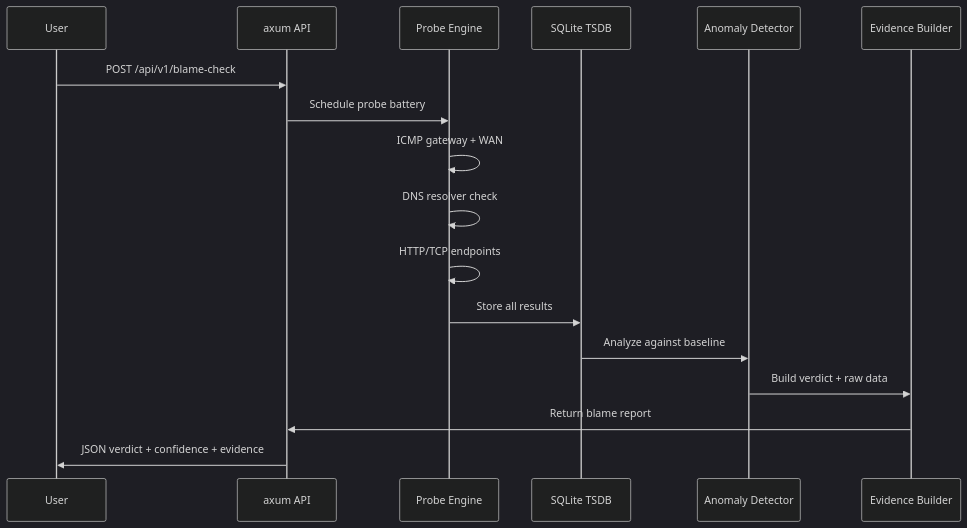
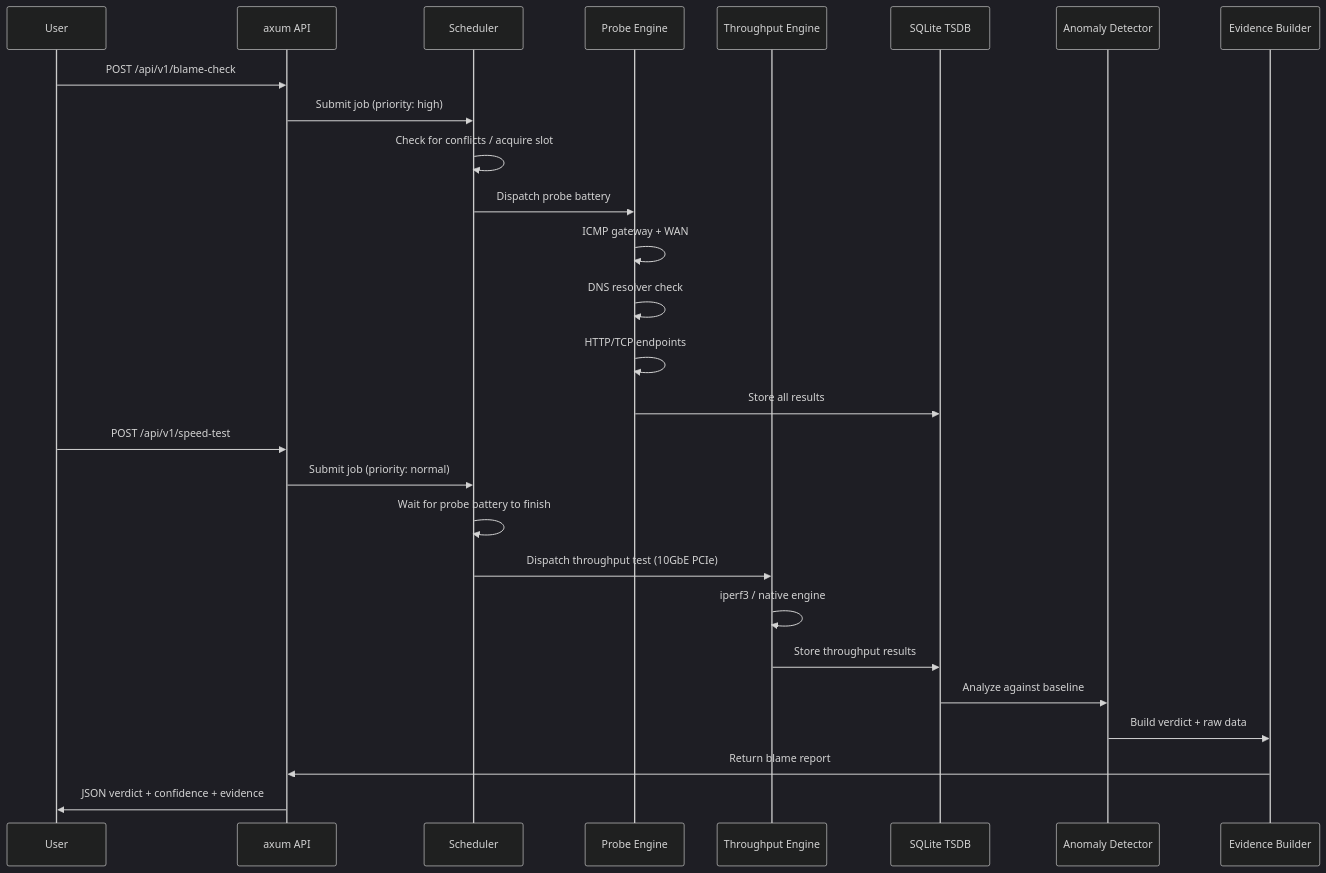
One commit to ParkWardRR/PacketParamedic changed the third of 3 diagrams in README.md. Above: the diagram before and after it, drawn with Mermaid (dark theme). The commit also changed other lines of this file and 2 other files, not shown here.

First line of the commit message:
Add 10GbE testing, scheduling engine, and Pi 5-only policy

````diff
--- a/README.md
+++ b/README.md
@@ -117,20 +138,32 @@
 ```mermaid
 sequenceDiagram
     participant User
     participant API as axum API
+    participant Sched as Scheduler
     participant Probes as Probe Engine
+    participant Tput as Throughput Engine
     participant DB as SQLite TSDB
     participant Detect as Anomaly Detector
     participant Evidence as Evidence Builder
 
     User->>API: POST /api/v1/blame-check
-    API->>Probes: Schedule probe battery
+    API->>Sched: Submit job (priority: high)
+    Sched->>Sched: Check for conflicts / acquire slot
+    Sched->>Probes: Dispatch probe battery
     Probes->>Probes: ICMP gateway + WAN
     Probes->>Probes: DNS resolver check
     Probes->>Probes: HTTP/TCP endpoints
     Probes->>DB: Store all results
+
+    User->>API: POST /api/v1/speed-test
+    API->>Sched: Submit job (priority: normal)
+    Sched->>Sched: Wait for probe battery to finish
+    Sched->>Tput: Dispatch throughput test (10GbE PCIe)
+    Tput->>Tput: iperf3 / native engine
+    Tput->>DB: Store throughput results
+
     DB->>Detect: Analyze against baseline
     Detect->>Evidence: Build verdict + raw data
     Evidence->>API: Return blame report
     API->>User: JSON verdict + confidence + evidence
 ```
````
